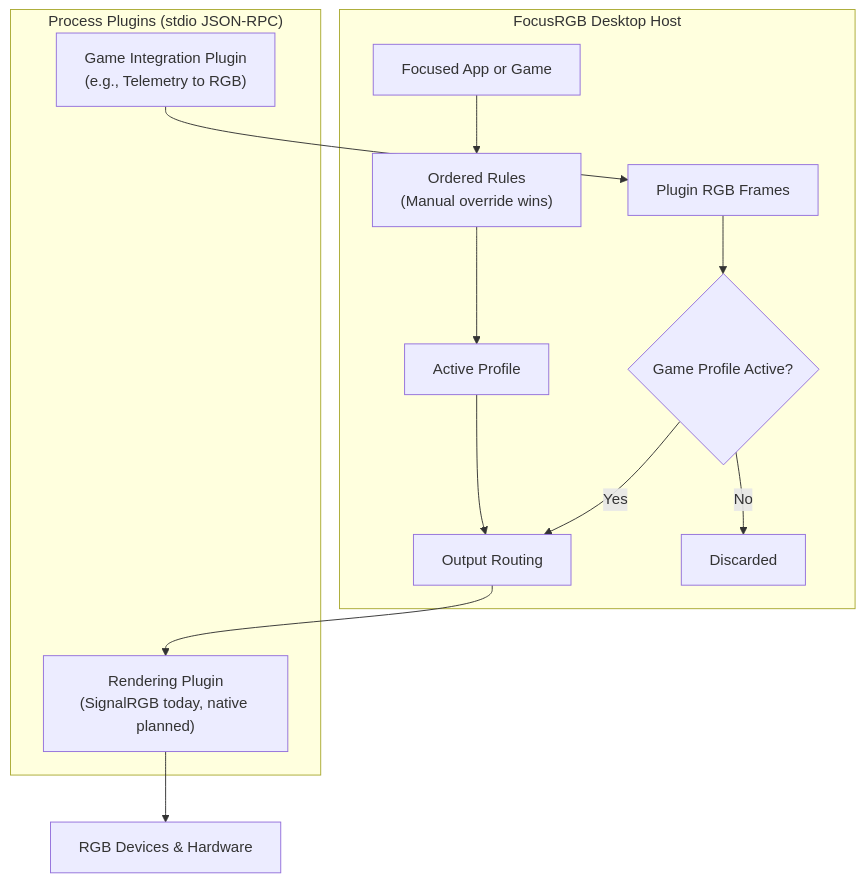
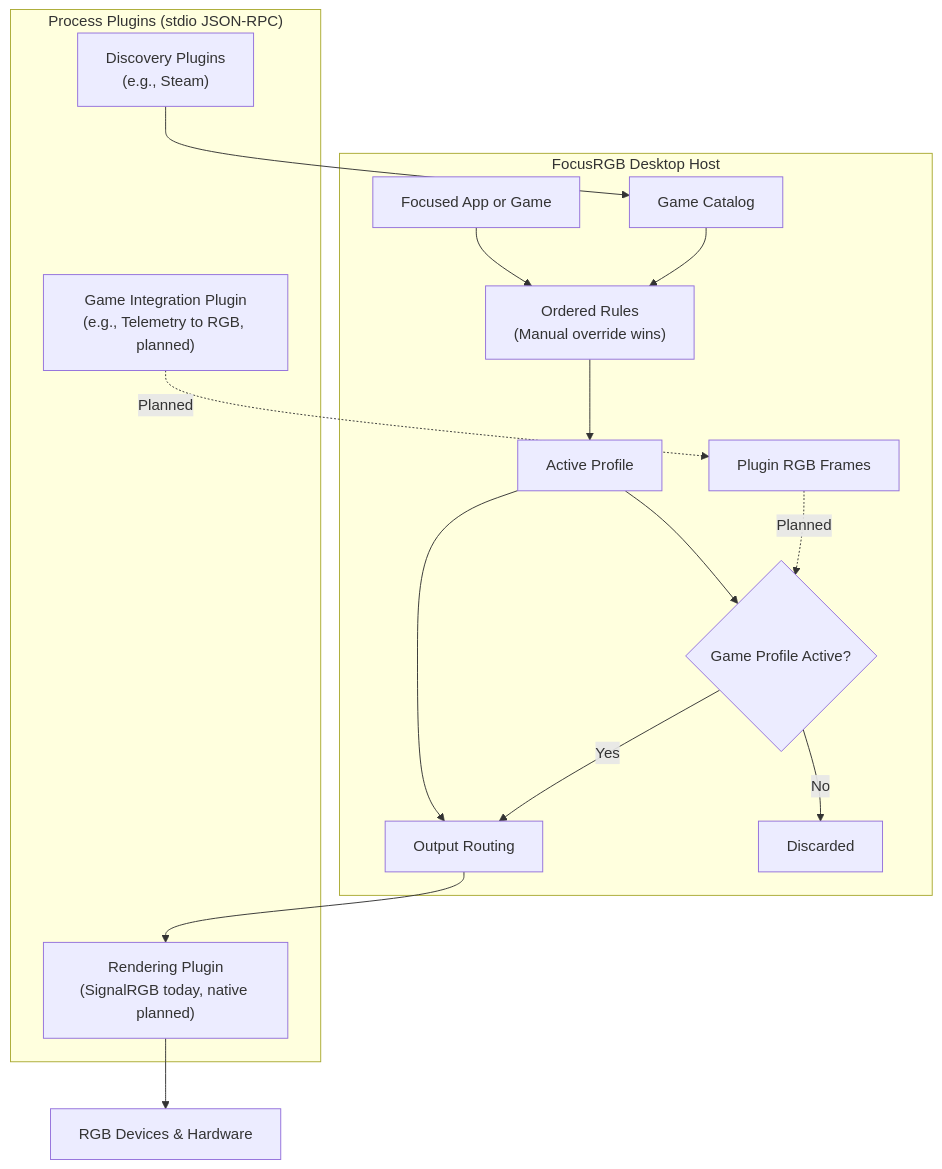
Before and after one commit to FocusRGB/.github: the first of 2 diagrams in profile/README.md, drawn with Mermaid. The commit also changed other lines of this file, not shown here.

Commit message:
docs: clarify planned game frames and format flowchart line breaks
Mark game RGB frames as planned with dotted paths, use HTML line breaks in node labels, connect active profiles to the game evaluation gate, and route discovery plugins through the game catalog.

````diff
--- a/profile/README.md
+++ b/profile/README.md
@@ -29,19 +29,21 @@
 ```mermaid
 flowchart TD
     subgraph Host["FocusRGB Desktop Host"]
-        App["Focused App or Game"] --> Rules["Ordered Rules\n(Manual override wins)"]
+        App["Focused App or Game"] --> Rules["Ordered Rules<br/>(Manual override wins)"]
+        GameCatalog["Game Catalog"] --> Rules
         Rules --> Active["Active Profile"]
-        Gate{"Game Profile Active?"}
-        Frames["Plugin RGB Frames"] --> Gate
+        Active --> Gate{"Game Profile Active?"}
+        Frames["Plugin RGB Frames"] -.->|"Planned"| Gate
         Active --> OutputRouter["Output Routing"]
         Gate -- Yes --> OutputRouter
         Gate -- No --> Discard["Discarded"]
     end
 
     subgraph Plugins["Process Plugins (stdio JSON-RPC)"]
-        GamePlugin["Game Integration Plugin\n(e.g., Telemetry to RGB)"] --> Frames
-        OutputRouter --> RenderPlugin["Rendering Plugin\n(SignalRGB today, native planned)"]
+        DiscoveryPlugin["Discovery Plugins<br/>(e.g., Steam)"] --> GameCatalog
+        GamePlugin["Game Integration Plugin<br/>(e.g., Telemetry to RGB, planned)"] -.->|"Planned"| Frames
+        OutputRouter --> RenderPlugin["Rendering Plugin<br/>(SignalRGB today, native planned)"]
     end
 
     RenderPlugin --> Devices["RGB Devices & Hardware"]
 ```
````
